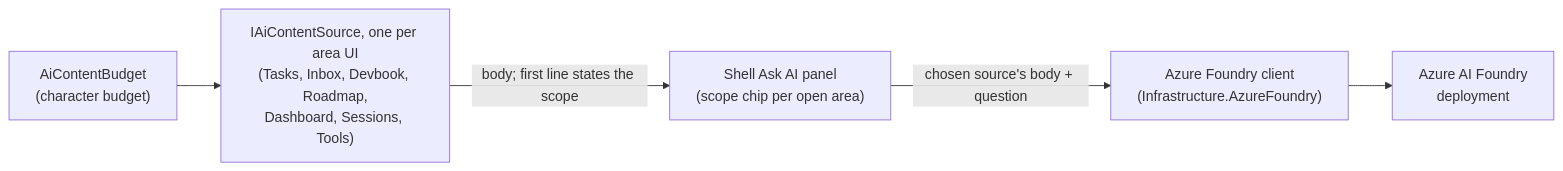
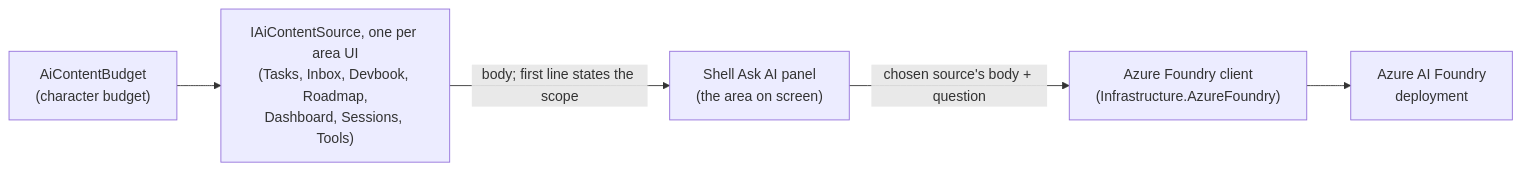
The sixth of 10 diagrams in .devbook/arc42/05-building-block-view.md (JSdotNet/Backlog), drawn with Mermaid before and after one commit. The commit also changed other lines of this file and 5 other files, not shown here.

````diff
--- a/.devbook/arc42/05-building-block-view.md
+++ b/.devbook/arc42/05-building-block-view.md
@@ -416,13 +416,13 @@
 ```mermaid
 flowchart LR
   Budget["AiContentBudget\n(character budget)"]
   Sources["IAiContentSource, one per area UI\n(Tasks, Inbox, Devbook, Roadmap,\nDashboard, Sessions, Tools)"]
-  Panel["Shell Ask AI panel\n(scope chip per open area)"]
+  Panel["Shell Ask AI panel\n(the area on screen)"]
   Client["Azure Foundry client\n(Infrastructure.AzureFoundry)"]
   Model["Azure AI Foundry\ndeployment"]
 
   Budget --> Sources
   Sources -->|"body; first line states the scope"| Panel
   Panel -->|"chosen source's body + question"| Client
   Client --> Model
 ```
````
